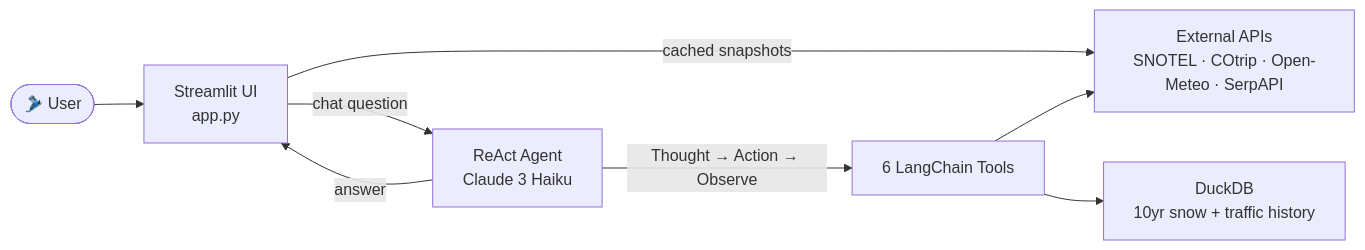
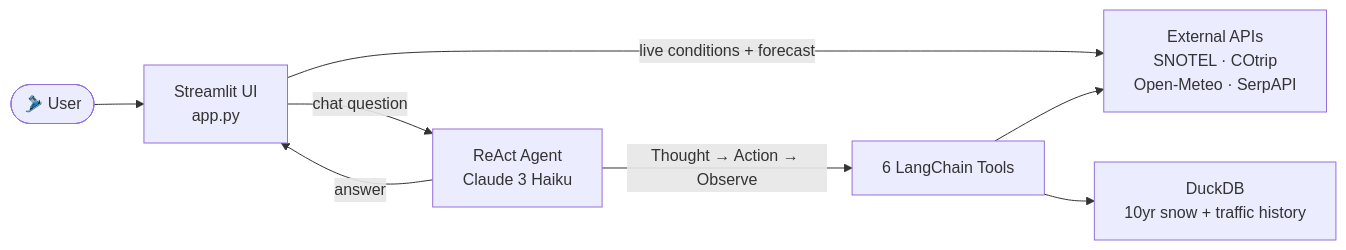
The first of 2 diagrams in architecture.md (Ttopiac/colorado-powracle), drawn with Mermaid before and after one commit.

Commit message:
Clarify simple diagram: label UI→API edge as live conditions + forecast

````diff
--- a/architecture.md
+++ b/architecture.md
@@ -5,14 +5,14 @@
 ```mermaid
 graph LR
     User(["🎿 User"]) --> UI["Streamlit UI<br/>app.py"]
 
-    UI -->|cached snapshots| APIs
+    UI -->|live conditions + forecast| APIs["External APIs<br/>SNOTEL · COtrip<br/>Open-Meteo · SerpAPI"]
     UI -->|chat question| Agent["ReAct Agent<br/>Claude 3 Haiku"]
 
     Agent -->|Thought → Action → Observe| Tools["6 LangChain Tools"]
 
-    Tools --> APIs["External APIs<br/>SNOTEL · COtrip · Open-Meteo · SerpAPI"]
+    Tools --> APIs
     Tools --> DB["DuckDB<br/>10yr snow + traffic history"]
 
     Agent -->|answer| UI
 ```
````
